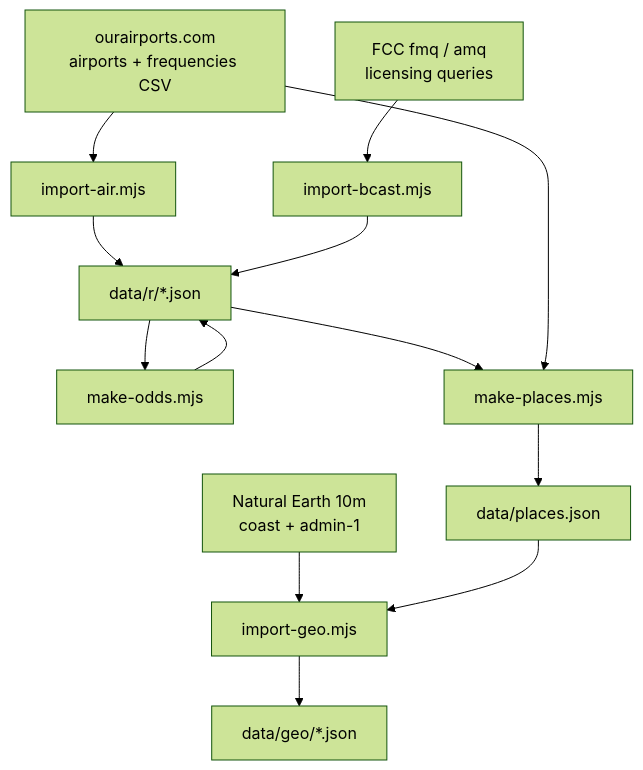
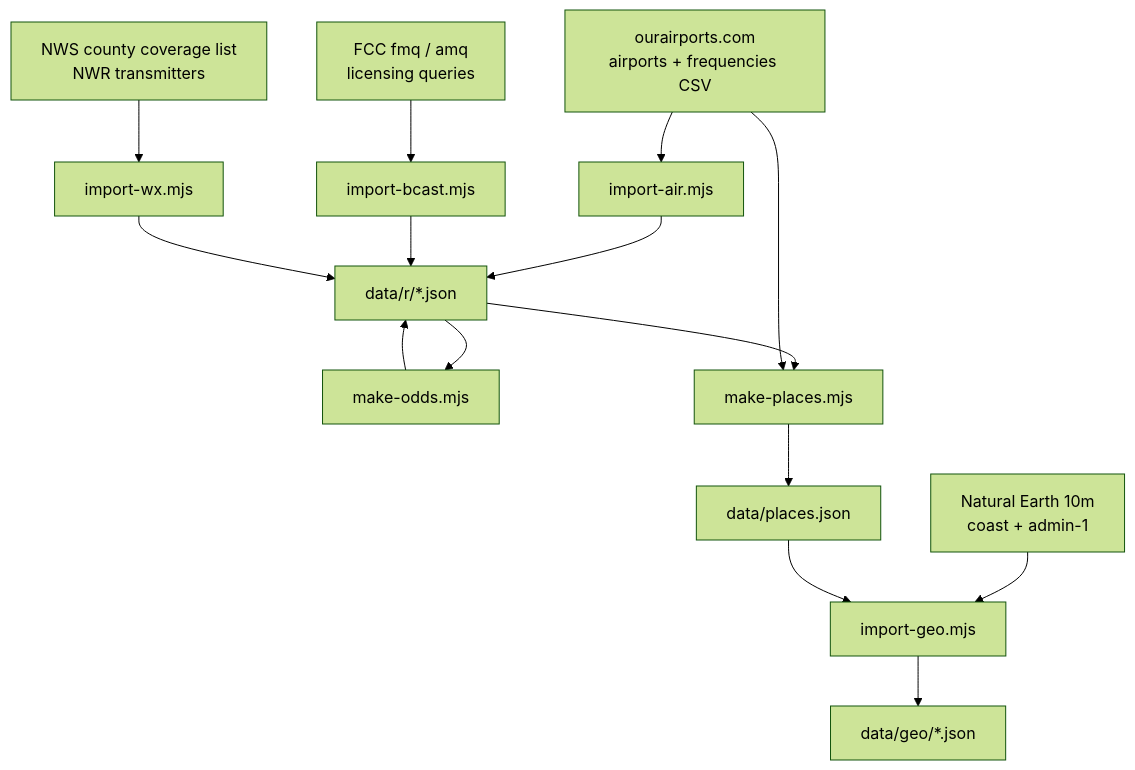
One commit to AndyUneducated/airwaves changed the fifth of 10 diagrams in docs/ARCHITECTURE.md. Above: the diagram before and after it, drawn with Mermaid (forest theme). The commit also changed other lines of this file and 103 other files, not shown here.

````diff
--- a/docs/ARCHITECTURE.md
+++ b/docs/ARCHITECTURE.md
@@ -161,15 +189,17 @@
 ```mermaid
 graph TD
   OA["ourairports.com<br/>airports + frequencies CSV"] --> IA[import-air.mjs]
   FCC["FCC fmq / amq<br/>licensing queries"] --> IB[import-bcast.mjs]
+  CCL["NWS county coverage list<br/>NWR transmitters"] --> IW[import-wx.mjs]
   IA --> R["data/r/*.json"]
   IB --> R
+  IW --> R
   R --> MO[make-odds.mjs]
   MO --> R
   R --> MP[make-places.mjs]
   OA --> MP
   MP --> P["data/places.json"]
   NE["Natural Earth 10m<br/>coast + admin-1"] --> IG[import-geo.mjs]
   P --> IG
   IG --> G["data/geo/*.json"]
 ```
````
